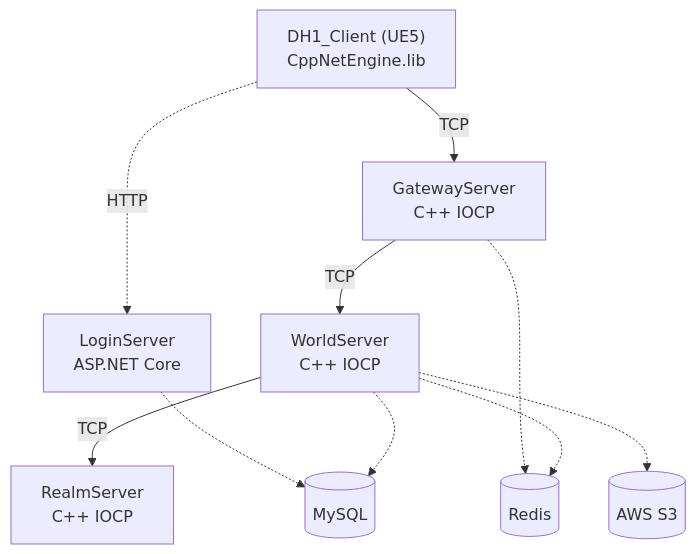
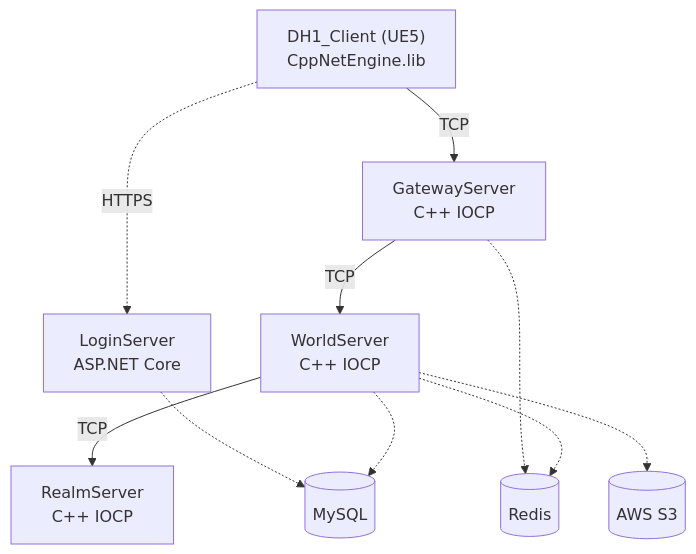
One commit to jch5158/DH1_MMORPG changed the second of 10 diagrams in README.md. Above: the diagram before and after it, drawn with Mermaid. The commit also changed other lines of this file and 1 other file, not shown here.

First line of the commit message:
docs: 인트로 다이어그램 확장, Actor Model 행 분리, HTTPS 변경, Lock-free 라벨 정리, PDF 동기화

````diff
--- a/README.md
+++ b/README.md
@@ -38,18 +69,18 @@
 ```mermaid
 flowchart TB
     C["DH1_Client (UE5)\nCppNetEngine.lib"]
 
     C -->|"TCP"| G["GatewayServer\nC++ IOCP"]
-    C -.->|"HTTP"| L["LoginServer\nASP.NET Core"]
+    C -.->|"HTTPS"| L["LoginServer\nASP.NET Core"]
 
     G -->|"TCP"| W["WorldServer\nC++ IOCP"]
     W -->|"TCP"| R["RealmServer\nC++ IOCP"]
 
     DB[(MySQL)]
     RD[(Redis)]
     S3[(AWS S3)]
 
     L -.-> DB
     G -.-> RD
     W -.-> DB & RD & S3
 ```
````
